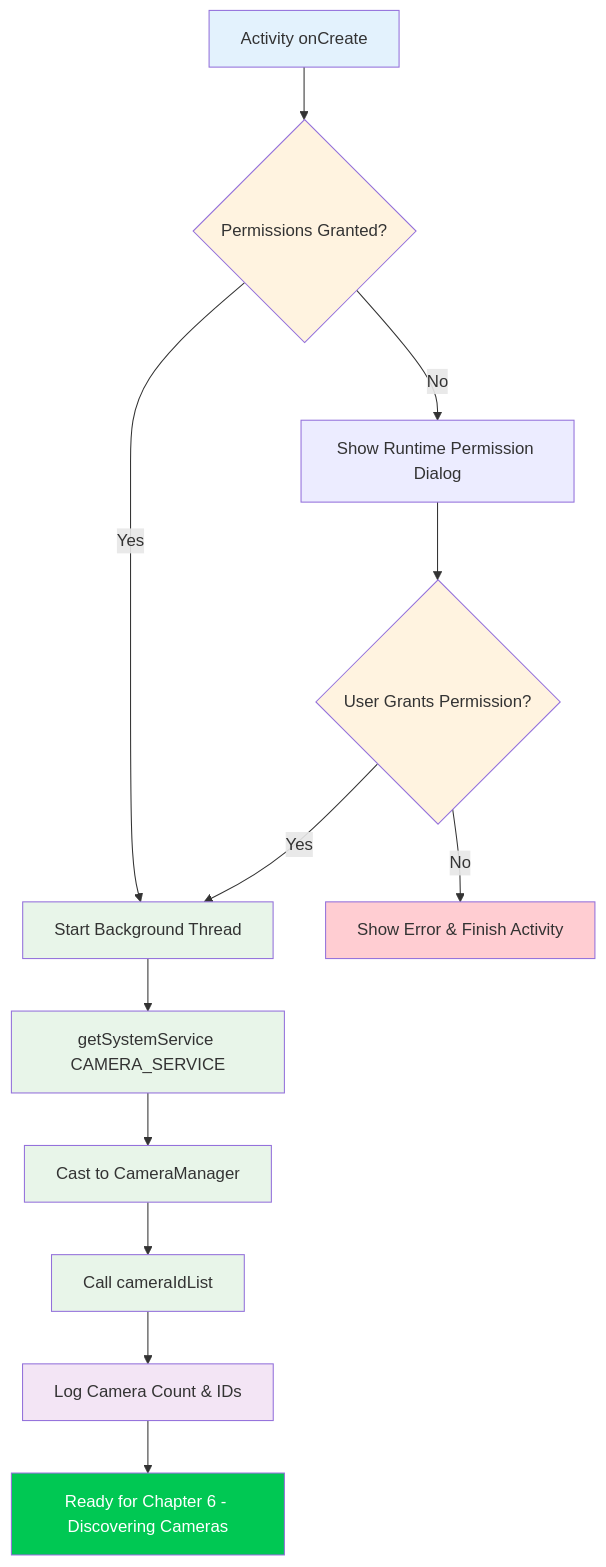
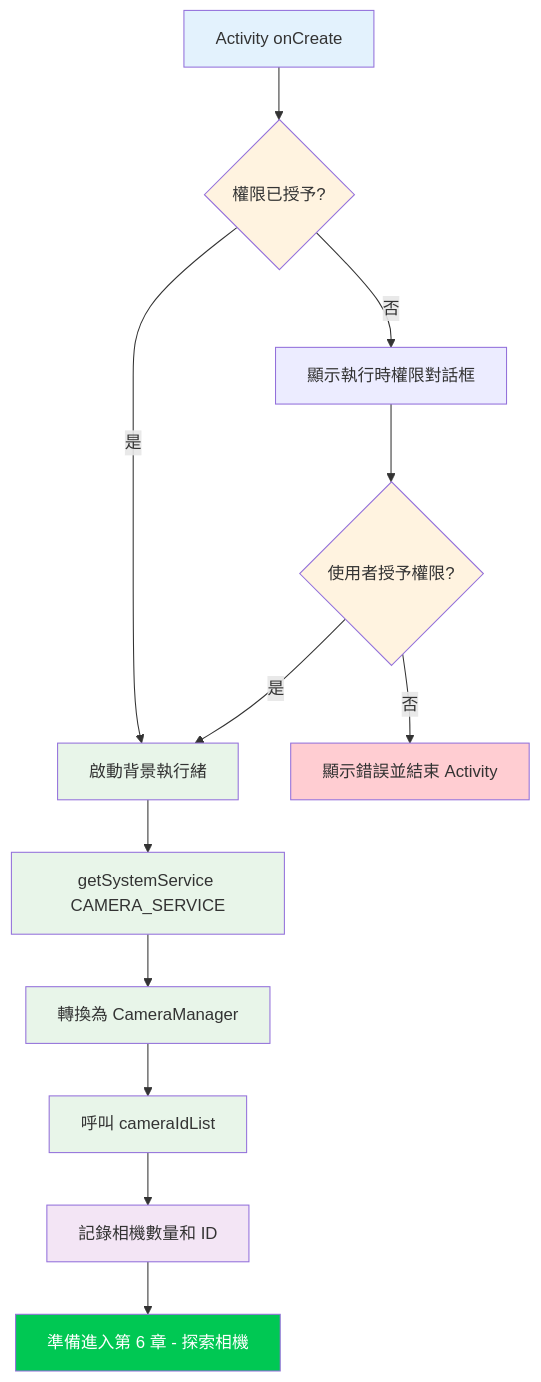
Before and after one commit to zoozooll/AndroidCameraParameters: the diagram in website/i18n/zh-Hant/docusaurus-plugin-content-docs/current/camera2/creating-your-first-camera2-project.md, drawn with Mermaid. The commit also changed other lines of this file and 378 other files, not shown here.

````diff
--- a/website/i18n/zh-Hant/docusaurus-plugin-content-docs/current/camera2/creating-your-first-camera2-project.md
+++ b/website/i18n/zh-Hant/docusaurus-plugin-content-docs/current/camera2/creating-your-first-camera2-project.md
@@ -340,25 +340,25 @@
 ```mermaid
 flowchart TD
-    A[Activity onCreate] --> B{Permissions Granted?}
-    B -->|Yes| C[Start Background Thread]
-    B -->|No| D[Show Runtime Permission Dialog]
-    D --> E{User Grants Permission?}
-    E -->|Yes| C
-    E -->|No| F[Show Error & Finish Activity]
+    A["Activity onCreate"] --> B{權限已授予?}
+    B -->|是| C[啟動背景執行緒]
+    B -->|否| D[顯示執行時權限對話框]
+    D --> E{使用者授予權限?}
+    E -->|是| C
+    E -->|否| F[顯示錯誤並結束 Activity]
     C --> G[getSystemService CAMERA_SERVICE]
-    G --> H[Cast to CameraManager]
-    H --> I[Call cameraIdList]
-    I --> J[Log Camera Count & IDs]
-    J --> K[Ready for Chapter 6 - Discovering Cameras]
+    G --> H[轉換為 CameraManager]
+    H --> I[呼叫 cameraIdList]
+    I --> J[記錄相機數量和 ID]
+    J --> K[準備進入第 6 章 - 探索相機]
     
     style A fill:#e3f2fd
     style B fill:#fff3e0
     style E fill:#fff3e0
     style C fill:#e8f5e9
     style G fill:#e8f5e9
     style H fill:#e8f5e9
     style I fill:#e8f5e9
     style J fill:#f3e5f5
     style K fill:#00c853,color:#fff
     style F fill:#ffcdd2
 ```
````
